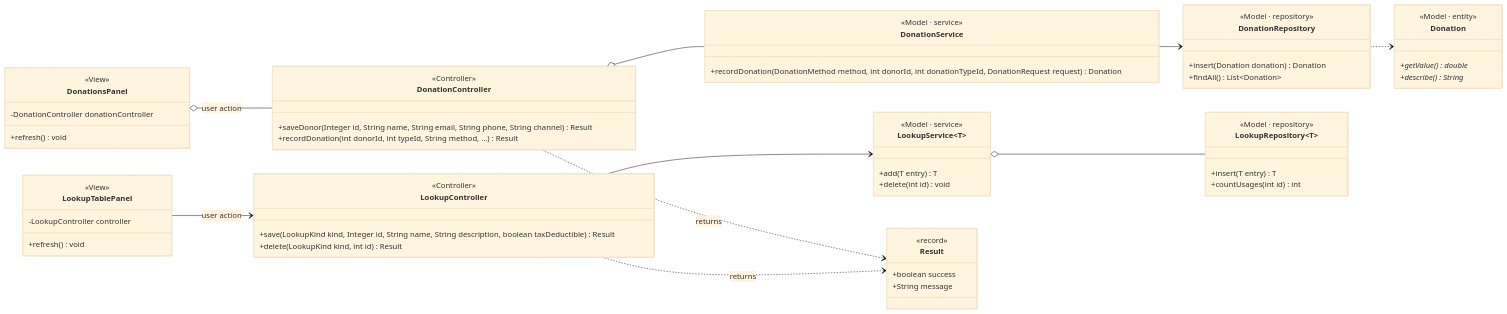
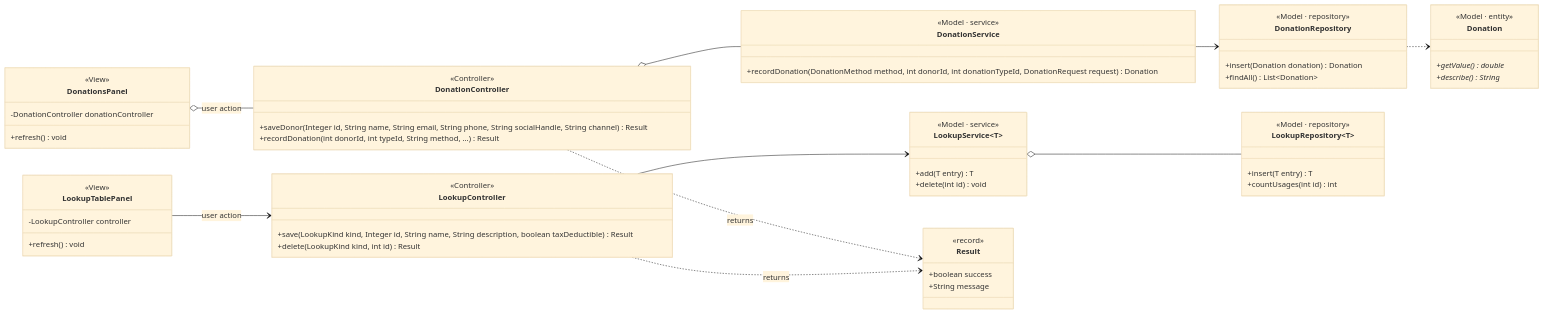
One commit to Abdallah1707/Ripple changed the seventh of 7 diagrams in docs/class-diagram.md. Above: the diagram before and after it, drawn with Mermaid (base theme). The commit also changed other lines of this file and 30 other files, not shown here.

````diff
--- a/docs/class-diagram.md
+++ b/docs/class-diagram.md
@@ -1290,62 +1311,62 @@
 ```mermaid
 classDiagram
 direction LR
 class DonationsPanel {
     <<View>>
     -DonationController donationController
     +refresh() void
 }
 class LookupTablePanel {
     <<View>>
     -LookupController controller
     +refresh() void
 }
 class DonationController {
     <<Controller>>
-    +saveDonor(Integer id, String name, String email, String phone, String channel) Result
+    +saveDonor(Integer id, String name, String email, String phone, String socialHandle, String channel) Result
     +recordDonation(int donorId, int typeId, String method, ...) Result
 }
 class LookupController {
     <<Controller>>
     +save(LookupKind kind, Integer id, String name, String description, boolean taxDeductible) Result
     +delete(LookupKind kind, int id) Result
 }
 class DonationService {
     <<Model · service>>
     +recordDonation(DonationMethod method, int donorId, int donationTypeId, DonationRequest request) Donation
 }
 class LookupService~T~ {
     <<Model · service>>
     +add(T entry) T
     +delete(int id) void
 }
 class DonationRepository {
     <<Model · repository>>
     +insert(Donation donation) Donation
     +findAll() List~Donation~
 }
 class LookupRepository~T~ {
     <<Model · repository>>
     +insert(T entry) T
     +countUsages(int id) int
 }
 class Donation {
     <<Model · entity>>
     +getValue()* double
     +describe()* String
 }
 class Result {
     <<record>>
     +boolean success
     +String message
 }
 DonationsPanel o-- DonationController : user action
 LookupTablePanel --> LookupController : user action
 DonationController ..> Result : returns
 LookupController ..> Result : returns
 DonationController o-- DonationService
 LookupController --> LookupService
 DonationService --> DonationRepository
 LookupService o-- LookupRepository
 DonationRepository ..> Donation
 ```
````
